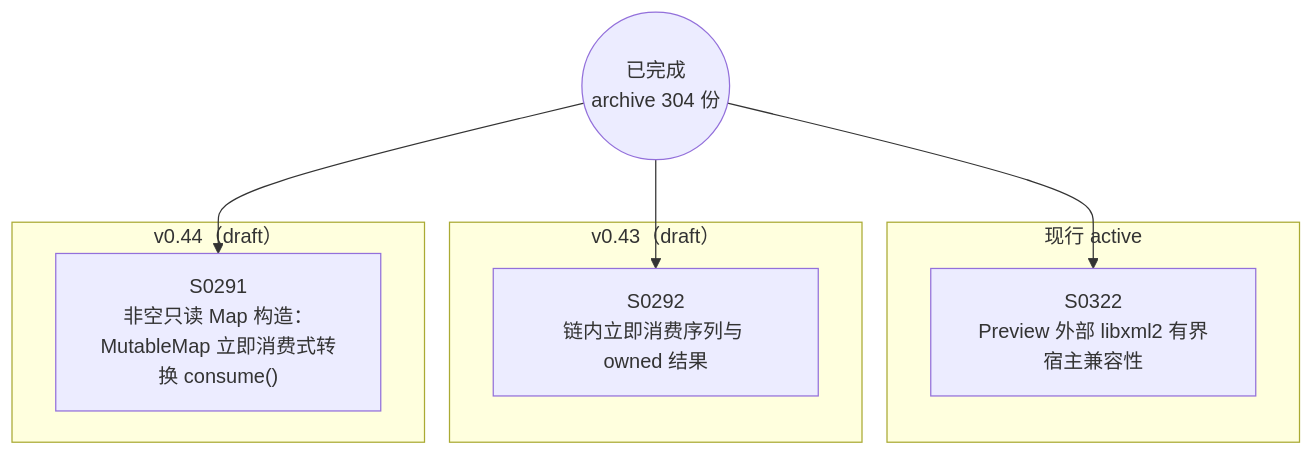
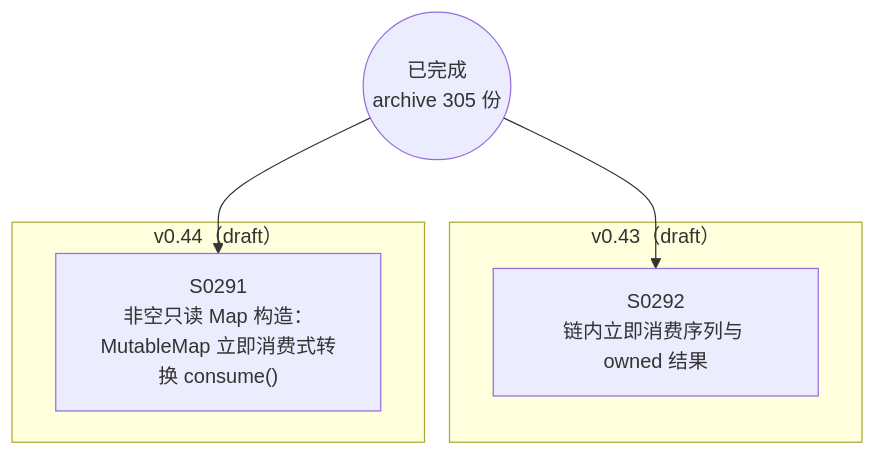
One commit to Halckon/Koven changed the diagram in docs/specs/dependency-graph.md. Above: the diagram before and after it, drawn with Mermaid. The commit also changed other lines of this file and 11 other files, not shown here.

````diff
--- a/docs/specs/dependency-graph.md
+++ b/docs/specs/dependency-graph.md
@@ -9,16 +9,12 @@
 ```mermaid
 flowchart TD
-ARCH(("已完成<br/>archive 304 份"))
-subgraph Gactive["现行 active"]
-  S0322["S0322<br/>Preview 外部 libxml2 有界宿主兼容性"]
-end
+ARCH(("已完成<br/>archive 305 份"))
 subgraph Gdrafts_v043["v0.43（draft）"]
   S0292["S0292<br/>链内立即消费序列与 owned 结果"]
 end
 subgraph Gdrafts_v044["v0.44（draft）"]
   S0291["S0291<br/>非空只读 Map 构造：MutableMap 立即消费式转换 consume()"]
 end
 ARCH --> S0291
 ARCH --> S0292
-ARCH --> S0322
 ```
````
